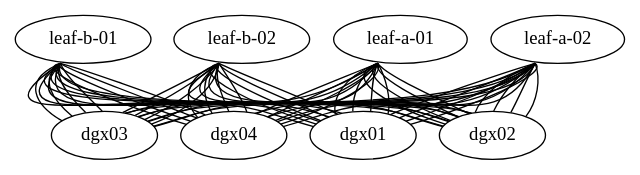
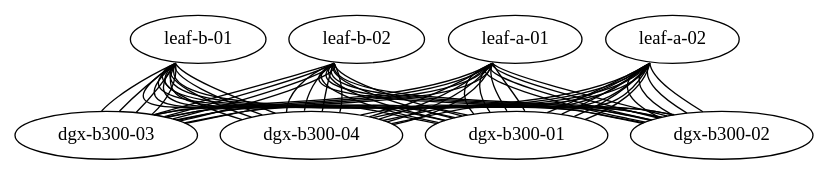
The diagram in topology/compute-rail-nospine/compute-rail-nospine.dot (ju-tech11/ai-fabric-labs), drawn with Graphviz before and after one commit. The commit also changed 14 other files, not shown here.

Commit message:
Air import format, mgmt IP plan, hostname instructions, rename servers to dgx-b300-NN

```diff
--- a/topology/compute-rail-nospine/compute-rail-nospine.dot
+++ b/topology/compute-rail-nospine/compute-rail-nospine.dot
@@ -1,75 +1,76 @@
-/* 용도: compute-rail-nospine Air 토폴로지 (gen_topology.yml이 인벤토리로 생성). OOB는 Air가 자동 생성 */
+/* 용도: compute-rail-nospine Air 토폴로지 (gen_topology.yml이 인벤토리로 생성). OOB는 Air가 자동 생성.
+   ※ 관리 IP(eth0) 지정은 JSON 파일에만 들어 있음 → import는 .json 권장 */
 graph "compute-rail-nospine" {
   "leaf-a-01" [function="leaf" os="cumulus-vx-5.16.1" cpu="2" memory="4096" storage="20"]
   "leaf-a-02" [function="leaf" os="cumulus-vx-5.16.1" cpu="2" memory="4096" storage="20"]
   "leaf-b-01" [function="leaf" os="cumulus-vx-5.16.1" cpu="2" memory="4096" storage="20"]
   "leaf-b-02" [function="leaf" os="cumulus-vx-5.16.1" cpu="2" memory="4096" storage="20"]
-  "dgx01" [function="server" os="generic/ubuntu2204" cpu="2" memory="2048" storage="20"]
-  "dgx02" [function="server" os="generic/ubuntu2204" cpu="2" memory="2048" storage="20"]
-  "dgx03" [function="server" os="generic/ubuntu2204" cpu="2" memory="2048" storage="20"]
-  "dgx04" [function="server" os="generic/ubuntu2204" cpu="2" memory="2048" storage="20"]
-  "leaf-a-01":"swp1s0" -- "dgx01":"eth1"   /* plane-a rail0 */
-  "leaf-a-01":"swp1s1" -- "dgx02":"eth1"   /* plane-a rail0 */
-  "leaf-a-01":"swp2s0" -- "dgx03":"eth1"   /* plane-a rail0 */
-  "leaf-a-01":"swp2s1" -- "dgx04":"eth1"   /* plane-a rail0 */
-  "leaf-a-01":"swp3s0" -- "dgx01":"eth3"   /* plane-a rail1 */
-  "leaf-a-01":"swp3s1" -- "dgx02":"eth3"   /* plane-a rail1 */
-  "leaf-a-01":"swp4s0" -- "dgx03":"eth3"   /* plane-a rail1 */
-  "leaf-a-01":"swp4s1" -- "dgx04":"eth3"   /* plane-a rail1 */
-  "leaf-a-01":"swp5s0" -- "dgx01":"eth5"   /* plane-a rail2 */
-  "leaf-a-01":"swp5s1" -- "dgx02":"eth5"   /* plane-a rail2 */
-  "leaf-a-01":"swp6s0" -- "dgx03":"eth5"   /* plane-a rail2 */
-  "leaf-a-01":"swp6s1" -- "dgx04":"eth5"   /* plane-a rail2 */
-  "leaf-a-01":"swp7s0" -- "dgx01":"eth7"   /* plane-a rail3 */
-  "leaf-a-01":"swp7s1" -- "dgx02":"eth7"   /* plane-a rail3 */
-  "leaf-a-01":"swp8s0" -- "dgx03":"eth7"   /* plane-a rail3 */
-  "leaf-a-01":"swp8s1" -- "dgx04":"eth7"   /* plane-a rail3 */
-  "leaf-a-02":"swp1s0" -- "dgx01":"eth9"   /* plane-a rail4 */
-  "leaf-a-02":"swp1s1" -- "dgx02":"eth9"   /* plane-a rail4 */
-  "leaf-a-02":"swp2s0" -- "dgx03":"eth9"   /* plane-a rail4 */
-  "leaf-a-02":"swp2s1" -- "dgx04":"eth9"   /* plane-a rail4 */
-  "leaf-a-02":"swp3s0" -- "dgx01":"eth11"   /* plane-a rail5 */
-  "leaf-a-02":"swp3s1" -- "dgx02":"eth11"   /* plane-a rail5 */
-  "leaf-a-02":"swp4s0" -- "dgx03":"eth11"   /* plane-a rail5 */
-  "leaf-a-02":"swp4s1" -- "dgx04":"eth11"   /* plane-a rail5 */
-  "leaf-a-02":"swp5s0" -- "dgx01":"eth13"   /* plane-a rail6 */
-  "leaf-a-02":"swp5s1" -- "dgx02":"eth13"   /* plane-a rail6 */
-  "leaf-a-02":"swp6s0" -- "dgx03":"eth13"   /* plane-a rail6 */
-  "leaf-a-02":"swp6s1" -- "dgx04":"eth13"   /* plane-a rail6 */
-  "leaf-a-02":"swp7s0" -- "dgx01":"eth15"   /* plane-a rail7 */
-  "leaf-a-02":"swp7s1" -- "dgx02":"eth15"   /* plane-a rail7 */
-  "leaf-a-02":"swp8s0" -- "dgx03":"eth15"   /* plane-a rail7 */
-  "leaf-a-02":"swp8s1" -- "dgx04":"eth15"   /* plane-a rail7 */
-  "leaf-b-01":"swp1s0" -- "dgx01":"eth2"   /* plane-b rail0 */
-  "leaf-b-01":"swp1s1" -- "dgx02":"eth2"   /* plane-b rail0 */
-  "leaf-b-01":"swp2s0" -- "dgx03":"eth2"   /* plane-b rail0 */
-  "leaf-b-01":"swp2s1" -- "dgx04":"eth2"   /* plane-b rail0 */
-  "leaf-b-01":"swp3s0" -- "dgx01":"eth4"   /* plane-b rail1 */
-  "leaf-b-01":"swp3s1" -- "dgx02":"eth4"   /* plane-b rail1 */
-  "leaf-b-01":"swp4s0" -- "dgx03":"eth4"   /* plane-b rail1 */
-  "leaf-b-01":"swp4s1" -- "dgx04":"eth4"   /* plane-b rail1 */
-  "leaf-b-01":"swp5s0" -- "dgx01":"eth6"   /* plane-b rail2 */
-  "leaf-b-01":"swp5s1" -- "dgx02":"eth6"   /* plane-b rail2 */
-  "leaf-b-01":"swp6s0" -- "dgx03":"eth6"   /* plane-b rail2 */
-  "leaf-b-01":"swp6s1" -- "dgx04":"eth6"   /* plane-b rail2 */
-  "leaf-b-01":"swp7s0" -- "dgx01":"eth8"   /* plane-b rail3 */
-  "leaf-b-01":"swp7s1" -- "dgx02":"eth8"   /* plane-b rail3 */
-  "leaf-b-01":"swp8s0" -- "dgx03":"eth8"   /* plane-b rail3 */
-  "leaf-b-01":"swp8s1" -- "dgx04":"eth8"   /* plane-b rail3 */
-  "leaf-b-02":"swp1s0" -- "dgx01":"eth10"   /* plane-b rail4 */
-  "leaf-b-02":"swp1s1" -- "dgx02":"eth10"   /* plane-b rail4 */
-  "leaf-b-02":"swp2s0" -- "dgx03":"eth10"   /* plane-b rail4 */
-  "leaf-b-02":"swp2s1" -- "dgx04":"eth10"   /* plane-b rail4 */
-  "leaf-b-02":"swp3s0" -- "dgx01":"eth12"   /* plane-b rail5 */
-  "leaf-b-02":"swp3s1" -- "dgx02":"eth12"   /* plane-b rail5 */
-  "leaf-b-02":"swp4s0" -- "dgx03":"eth12"   /* plane-b rail5 */
-  "leaf-b-02":"swp4s1" -- "dgx04":"eth12"   /* plane-b rail5 */
-  "leaf-b-02":"swp5s0" -- "dgx01":"eth14"   /* plane-b rail6 */
-  "leaf-b-02":"swp5s1" -- "dgx02":"eth14"   /* plane-b rail6 */
-  "leaf-b-02":"swp6s0" -- "dgx03":"eth14"   /* plane-b rail6 */
-  "leaf-b-02":"swp6s1" -- "dgx04":"eth14"   /* plane-b rail6 */
-  "leaf-b-02":"swp7s0" -- "dgx01":"eth16"   /* plane-b rail7 */
-  "leaf-b-02":"swp7s1" -- "dgx02":"eth16"   /* plane-b rail7 */
-  "leaf-b-02":"swp8s0" -- "dgx03":"eth16"   /* plane-b rail7 */
-  "leaf-b-02":"swp8s1" -- "dgx04":"eth16"   /* plane-b rail7 */
+  "dgx-b300-01" [function="server" os="generic/ubuntu2204" cpu="2" memory="2048" storage="20"]
+  "dgx-b300-02" [function="server" os="generic/ubuntu2204" cpu="2" memory="2048" storage="20"]
+  "dgx-b300-03" [function="server" os="generic/ubuntu2204" cpu="2" memory="2048" storage="20"]
+  "dgx-b300-04" [function="server" os="generic/ubuntu2204" cpu="2" memory="2048" storage="20"]
+  "leaf-a-01":"swp1s0" -- "dgx-b300-01":"eth1"   /* plane-a rail0 */
+  "leaf-a-01":"swp1s1" -- "dgx-b300-02":"eth1"   /* plane-a rail0 */
+  "leaf-a-01":"swp2s0" -- "dgx-b300-03":"eth1"   /* plane-a rail0 */
+  "leaf-a-01":"swp2s1" -- "dgx-b300-04":"eth1"   /* plane-a rail0 */
+  "leaf-a-01":"swp3s0" -- "dgx-b300-01":"eth3"   /* plane-a rail1 */
+  "leaf-a-01":"swp3s1" -- "dgx-b300-02":"eth3"   /* plane-a rail1 */
+  "leaf-a-01":"swp4s0" -- "dgx-b300-03":"eth3"   /* plane-a rail1 */
+  "leaf-a-01":"swp4s1" -- "dgx-b300-04":"eth3"   /* plane-a rail1 */
+  "leaf-a-01":"swp5s0" -- "dgx-b300-01":"eth5"   /* plane-a rail2 */
+  "leaf-a-01":"swp5s1" -- "dgx-b300-02":"eth5"   /* plane-a rail2 */
+  "leaf-a-01":"swp6s0" -- "dgx-b300-03":"eth5"   /* plane-a rail2 */
+  "leaf-a-01":"swp6s1" -- "dgx-b300-04":"eth5"   /* plane-a rail2 */
+  "leaf-a-01":"swp7s0" -- "dgx-b300-01":"eth7"   /* plane-a rail3 */
+  "leaf-a-01":"swp7s1" -- "dgx-b300-02":"eth7"   /* plane-a rail3 */
+  "leaf-a-01":"swp8s0" -- "dgx-b300-03":"eth7"   /* plane-a rail3 */
+  "leaf-a-01":"swp8s1" -- "dgx-b300-04":"eth7"   /* plane-a rail3 */
+  "leaf-a-02":"swp1s0" -- "dgx-b300-01":"eth9"   /* plane-a rail4 */
+  "leaf-a-02":"swp1s1" -- "dgx-b300-02":"eth9"   /* plane-a rail4 */
+  "leaf-a-02":"swp2s0" -- "dgx-b300-03":"eth9"   /* plane-a rail4 */
+  "leaf-a-02":"swp2s1" -- "dgx-b300-04":"eth9"   /* plane-a rail4 */
+  "leaf-a-02":"swp3s0" -- "dgx-b300-01":"eth11"   /* plane-a rail5 */
+  "leaf-a-02":"swp3s1" -- "dgx-b300-02":"eth11"   /* plane-a rail5 */
+  "leaf-a-02":"swp4s0" -- "dgx-b300-03":"eth11"   /* plane-a rail5 */
+  "leaf-a-02":"swp4s1" -- "dgx-b300-04":"eth11"   /* plane-a rail5 */
+  "leaf-a-02":"swp5s0" -- "dgx-b300-01":"eth13"   /* plane-a rail6 */
+  "leaf-a-02":"swp5s1" -- "dgx-b300-02":"eth13"   /* plane-a rail6 */
+  "leaf-a-02":"swp6s0" -- "dgx-b300-03":"eth13"   /* plane-a rail6 */
+  "leaf-a-02":"swp6s1" -- "dgx-b300-04":"eth13"   /* plane-a rail6 */
+  "leaf-a-02":"swp7s0" -- "dgx-b300-01":"eth15"   /* plane-a rail7 */
+  "leaf-a-02":"swp7s1" -- "dgx-b300-02":"eth15"   /* plane-a rail7 */
+  "leaf-a-02":"swp8s0" -- "dgx-b300-03":"eth15"   /* plane-a rail7 */
+  "leaf-a-02":"swp8s1" -- "dgx-b300-04":"eth15"   /* plane-a rail7 */
+  "leaf-b-01":"swp1s0" -- "dgx-b300-01":"eth2"   /* plane-b rail0 */
+  "leaf-b-01":"swp1s1" -- "dgx-b300-02":"eth2"   /* plane-b rail0 */
+  "leaf-b-01":"swp2s0" -- "dgx-b300-03":"eth2"   /* plane-b rail0 */
+  "leaf-b-01":"swp2s1" -- "dgx-b300-04":"eth2"   /* plane-b rail0 */
+  "leaf-b-01":"swp3s0" -- "dgx-b300-01":"eth4"   /* plane-b rail1 */
+  "leaf-b-01":"swp3s1" -- "dgx-b300-02":"eth4"   /* plane-b rail1 */
+  "leaf-b-01":"swp4s0" -- "dgx-b300-03":"eth4"   /* plane-b rail1 */
+  "leaf-b-01":"swp4s1" -- "dgx-b300-04":"eth4"   /* plane-b rail1 */
+  "leaf-b-01":"swp5s0" -- "dgx-b300-01":"eth6"   /* plane-b rail2 */
+  "leaf-b-01":"swp5s1" -- "dgx-b300-02":"eth6"   /* plane-b rail2 */
+  "leaf-b-01":"swp6s0" -- "dgx-b300-03":"eth6"   /* plane-b rail2 */
+  "leaf-b-01":"swp6s1" -- "dgx-b300-04":"eth6"   /* plane-b rail2 */
+  "leaf-b-01":"swp7s0" -- "dgx-b300-01":"eth8"   /* plane-b rail3 */
+  "leaf-b-01":"swp7s1" -- "dgx-b300-02":"eth8"   /* plane-b rail3 */
+  "leaf-b-01":"swp8s0" -- "dgx-b300-03":"eth8"   /* plane-b rail3 */
+  "leaf-b-01":"swp8s1" -- "dgx-b300-04":"eth8"   /* plane-b rail3 */
+  "leaf-b-02":"swp1s0" -- "dgx-b300-01":"eth10"   /* plane-b rail4 */
+  "leaf-b-02":"swp1s1" -- "dgx-b300-02":"eth10"   /* plane-b rail4 */
+  "leaf-b-02":"swp2s0" -- "dgx-b300-03":"eth10"   /* plane-b rail4 */
+  "leaf-b-02":"swp2s1" -- "dgx-b300-04":"eth10"   /* plane-b rail4 */
+  "leaf-b-02":"swp3s0" -- "dgx-b300-01":"eth12"   /* plane-b rail5 */
+  "leaf-b-02":"swp3s1" -- "dgx-b300-02":"eth12"   /* plane-b rail5 */
+  "leaf-b-02":"swp4s0" -- "dgx-b300-03":"eth12"   /* plane-b rail5 */
+  "leaf-b-02":"swp4s1" -- "dgx-b300-04":"eth12"   /* plane-b rail5 */
+  "leaf-b-02":"swp5s0" -- "dgx-b300-01":"eth14"   /* plane-b rail6 */
+  "leaf-b-02":"swp5s1" -- "dgx-b300-02":"eth14"   /* plane-b rail6 */
+  "leaf-b-02":"swp6s0" -- "dgx-b300-03":"eth14"   /* plane-b rail6 */
+  "leaf-b-02":"swp6s1" -- "dgx-b300-04":"eth14"   /* plane-b rail6 */
+  "leaf-b-02":"swp7s0" -- "dgx-b300-01":"eth16"   /* plane-b rail7 */
+  "leaf-b-02":"swp7s1" -- "dgx-b300-02":"eth16"   /* plane-b rail7 */
+  "leaf-b-02":"swp8s0" -- "dgx-b300-03":"eth16"   /* plane-b rail7 */
+  "leaf-b-02":"swp8s1" -- "dgx-b300-04":"eth16"   /* plane-b rail7 */
 }
```
